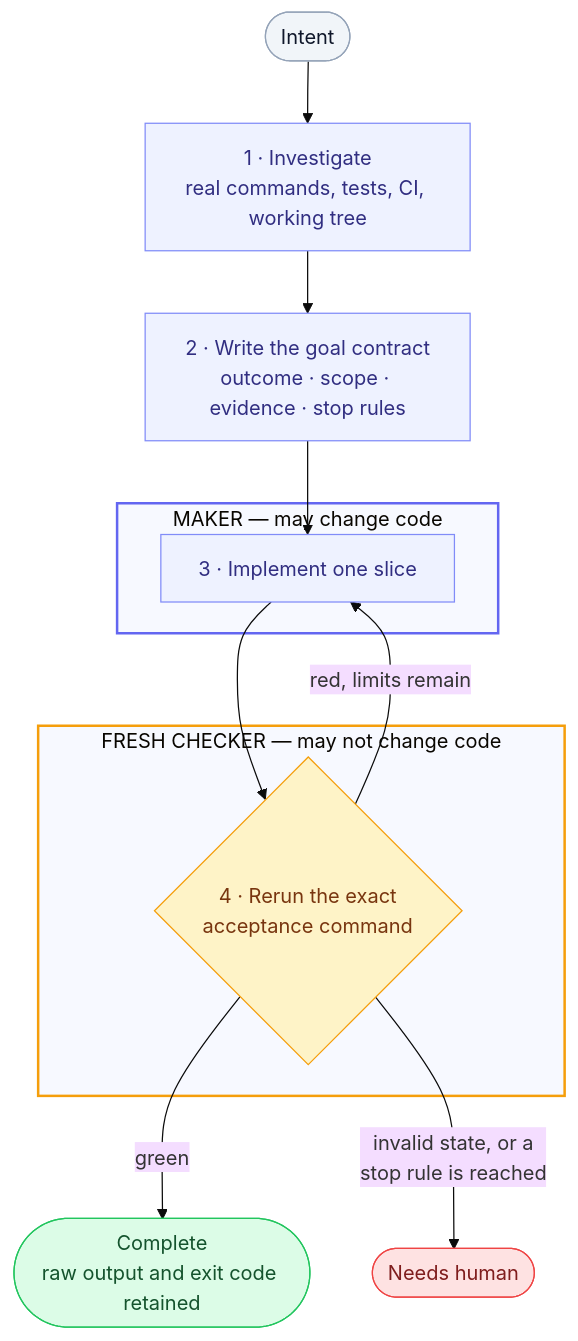
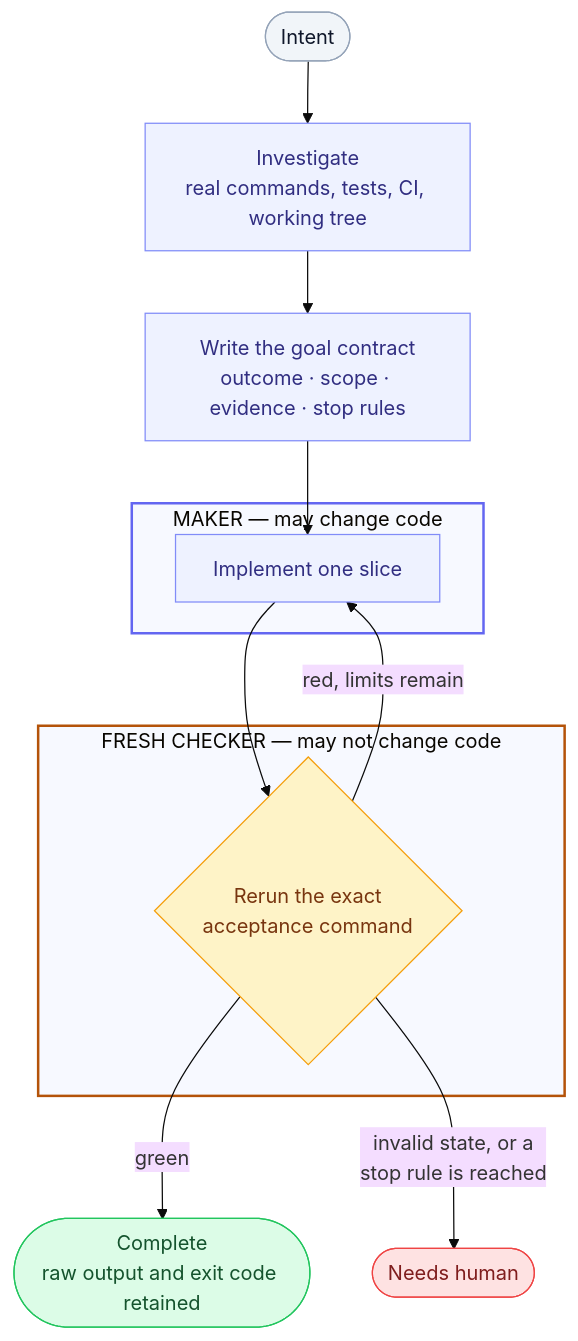
The diagram in README.md (iliaim/writing-goals), drawn with Mermaid (base theme) before and after one commit. The commit also changed other lines of this file, not shown here.

````diff
--- a/README.md
+++ b/README.md
@@ -29,32 +29,39 @@
 ```mermaid
 flowchart TD
-    A(["Intent"]) --> B["1 · Investigate<br/>real commands, tests, CI, working tree"]
-    B --> C["2 · Write the goal contract<br/>outcome · scope · evidence · stop rules"]
+    accTitle: Goal execution loop
+    accDescr {
+      Intent leads to investigation and a written goal contract. A maker implements one slice.
+      A fresh checker reruns the exact acceptance command. Green completes with retained raw
+      output and exit code. Red within remaining limits returns to the maker. Invalid state or
+      a reached stop rule needs a human.
+    }
+    A(["Intent"]) --> B["Investigate<br/>real commands, tests, CI, working tree"]
+    B --> C["Write the goal contract<br/>outcome · scope · evidence · stop rules"]
 
     subgraph maker ["MAKER — may change code"]
-        D["3 · Implement one slice"]
+        D["Implement one slice"]
     end
 
     subgraph checker ["FRESH CHECKER — may not change code"]
-        E{"4 · Rerun the exact<br/>acceptance command"}
+        E{"Rerun the exact<br/>acceptance command"}
     end
 
     C --> D
     D --> E
     E -->|green| F(["Complete<br/>raw output and exit code retained"])
     E -->|"red, limits remain"| D
     E -->|"invalid state, or a<br/>stop rule is reached"| G(["Needs human"])
 
     style maker stroke:#6366f1,stroke-width:2px
-    style checker stroke:#f59e0b,stroke-width:2px
+    style checker stroke:#b45309,stroke-width:2px
     classDef entry fill:#f1f5f9,stroke:#94a3b8,color:#0f172a
     classDef step fill:#eef2ff,stroke:#818cf8,color:#312e81
     classDef check fill:#fef3c7,stroke:#f59e0b,color:#78350f
     classDef done fill:#dcfce7,stroke:#22c55e,color:#14532d
     classDef halt fill:#fee2e2,stroke:#ef4444,color:#7f1d1d
     class A entry
     class B,C,D step
     class E check
     class F done
     class G halt
 ```
````
